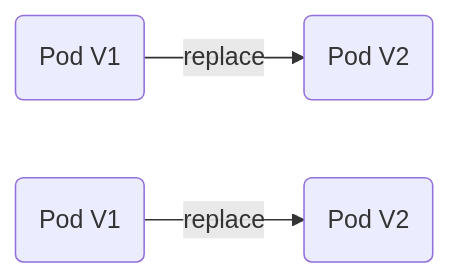
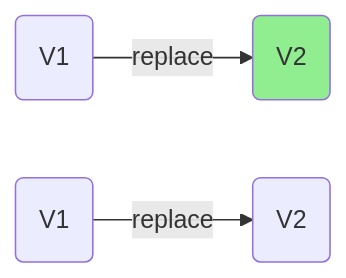
The second of 5 diagrams in kubernetes/README.md (kloudtechvizag/cloud-devops-interview-prep), drawn with Mermaid before and after one commit. The commit also changed other lines of this file and 20 other files, not shown here.

````diff
--- a/kubernetes/README.md
+++ b/kubernetes/README.md
@@ -69,5 +45,6 @@
 ```mermaid
 graph LR
-    P1(Pod V1) -- replace --> P2(Pod V2)
-    P1_1(Pod V1) -- replace --> P2_1(Pod V2)
+    P1(V1) -- replace --> P2(V2)
+    P1_1(V1) -- replace --> P2_1(V2)
+    style P2 fill:#90ee90
 ```
````
